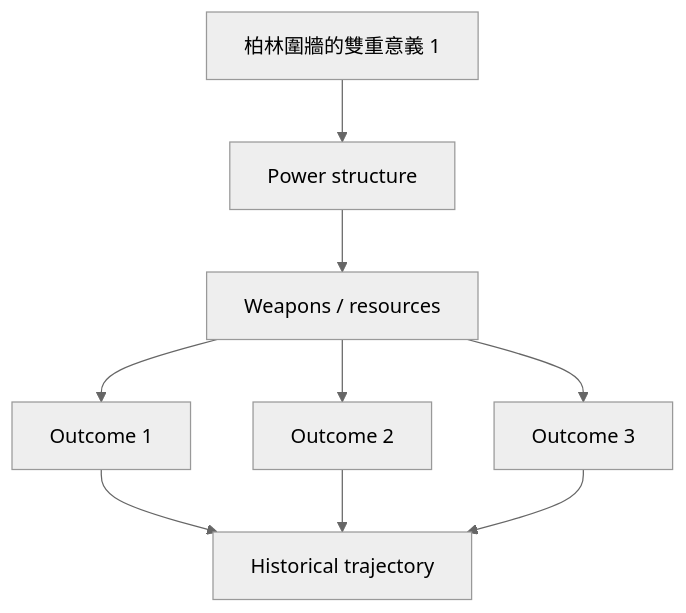
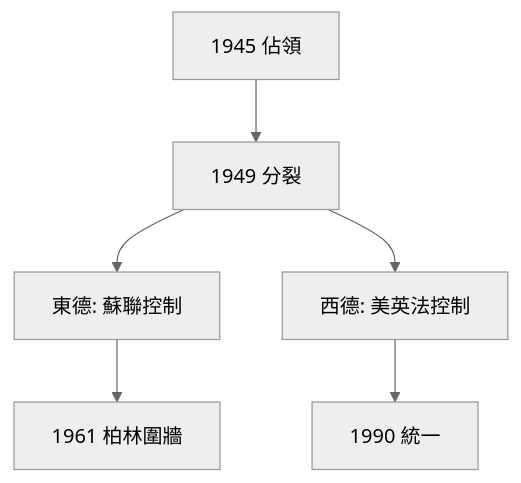
The third of 7 diagrams in 01_HKU_Courses/HIST2076_Germany_and_the_Cold_War.md (yip-lgtm/HKU-Harvard-History-Self-Study), drawn with Mermaid (neutral theme) before and after one commit. The commit also changed other lines of this file and 48 other files, not shown here.

````diff
--- a/01_HKU_Courses/HIST2076_Germany_and_the_Cold_War.md
+++ b/01_HKU_Courses/HIST2076_Germany_and_the_Cold_War.md
@@ -187,11 +119,8 @@
 ```mermaid
-graph TD
-    A[柏林圍牆的雙重意義 1] --> B[Power structure]
-    B --> C[Weapons / resources]
-    C --> D[Outcome 1]
-    C --> E[Outcome 2]
-    C --> F[Outcome 3]
-    D --> G[Historical trajectory]
-    E --> G
-    F --> G
+flowchart TD
+    A[1945 佔領] --> B[1949 分裂]
+    B --> C[東德: 蘇聯控制]
+    B --> D[西德: 美英法控制]
+    C --> E[1961 柏林圍牆]
+    D --> F[1990 統一]
 ```
````
